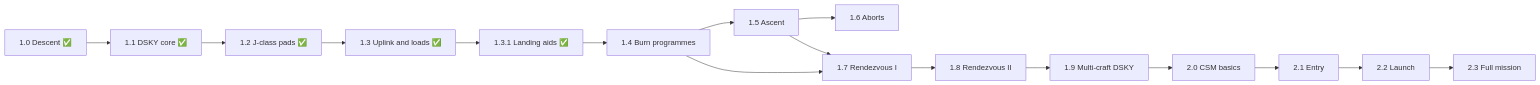
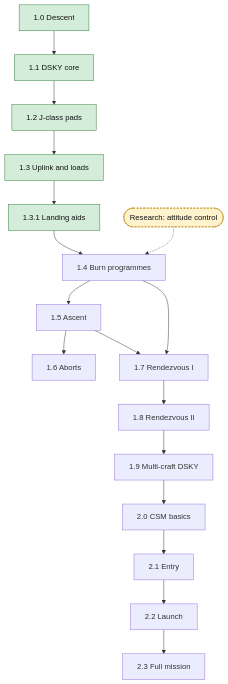
The diagram in ROADMAP.md (EclipticPoyo/apollo-lm-guidance-kos), drawn with Mermaid before and after one commit. The commit also changed other lines of this file, not shown here.

Commit message:
Roadmap: attitude control research track (possible inclusion in 1.4), flowchart drawn top to bottom

````diff
--- a/ROADMAP.md
+++ b/ROADMAP.md
@@ -36,18 +44,23 @@
 ```mermaid
-flowchart LR
-    v10["1.0 Descent ✅"] --> v11["1.1 DSKY core ✅"]
-    v11 --> v12["1.2 J-class pads ✅"]
-    v12 --> v13["1.3 Uplink and loads ✅"]
-    v13 --> v131["1.3.1 Landing aids ✅"]
+flowchart TD
+    v10["1.0 Descent"] --> v11["1.1 DSKY core"]
+    v11 --> v12["1.2 J-class pads"]
+    v12 --> v13["1.3 Uplink and loads"]
+    v13 --> v131["1.3.1 Landing aids"]
     v131 --> v14["1.4 Burn programmes"]
+    att(["Research: attitude control"]) -.-> v14
     v14 --> v15["1.5 Ascent"]
     v15 --> v16["1.6 Aborts"]
     v14 --> v17["1.7 Rendezvous I"]
     v15 --> v17
     v17 --> v18["1.8 Rendezvous II"]
     v18 --> v19["1.9 Multi-craft DSKY"]
     v19 --> v20["2.0 CSM basics"]
     v20 --> v21["2.1 Entry"]
     v21 --> v22["2.2 Launch"]
     v22 --> v23["2.3 Full mission"]
+    classDef done fill:#d4edda,stroke:#2e7d32,color:#111111
+    classDef research fill:#fff3cd,stroke:#b8860b,color:#111111,stroke-dasharray:4 3
+    class v10,v11,v12,v13,v131 done
+    class att research
 ```
````
